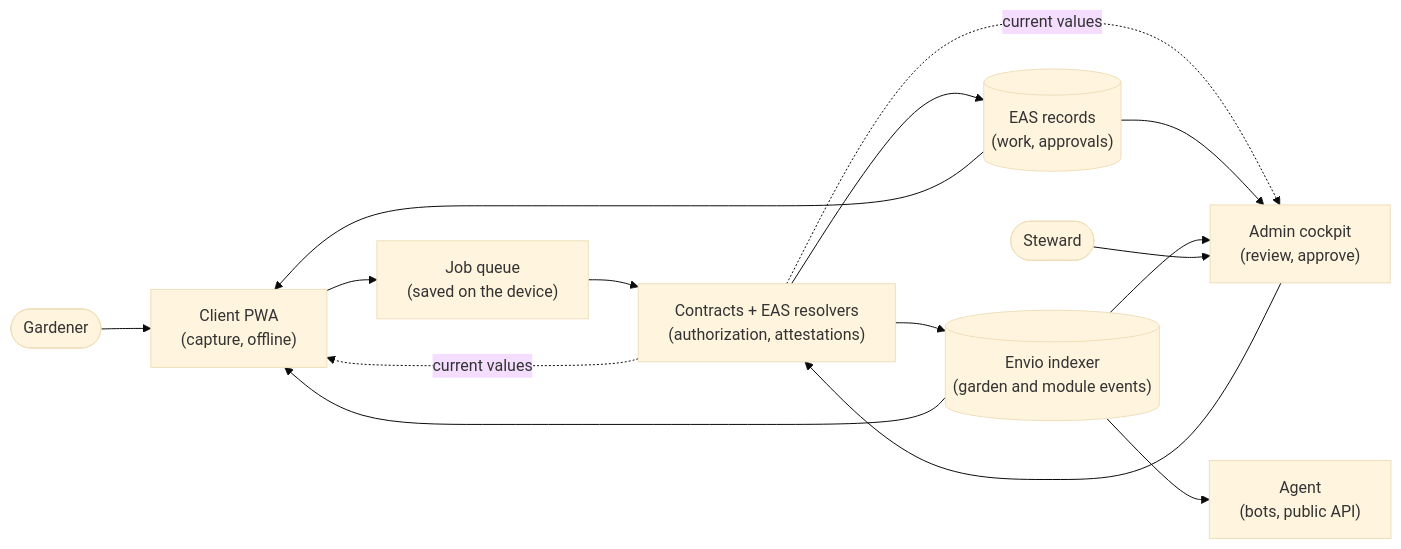
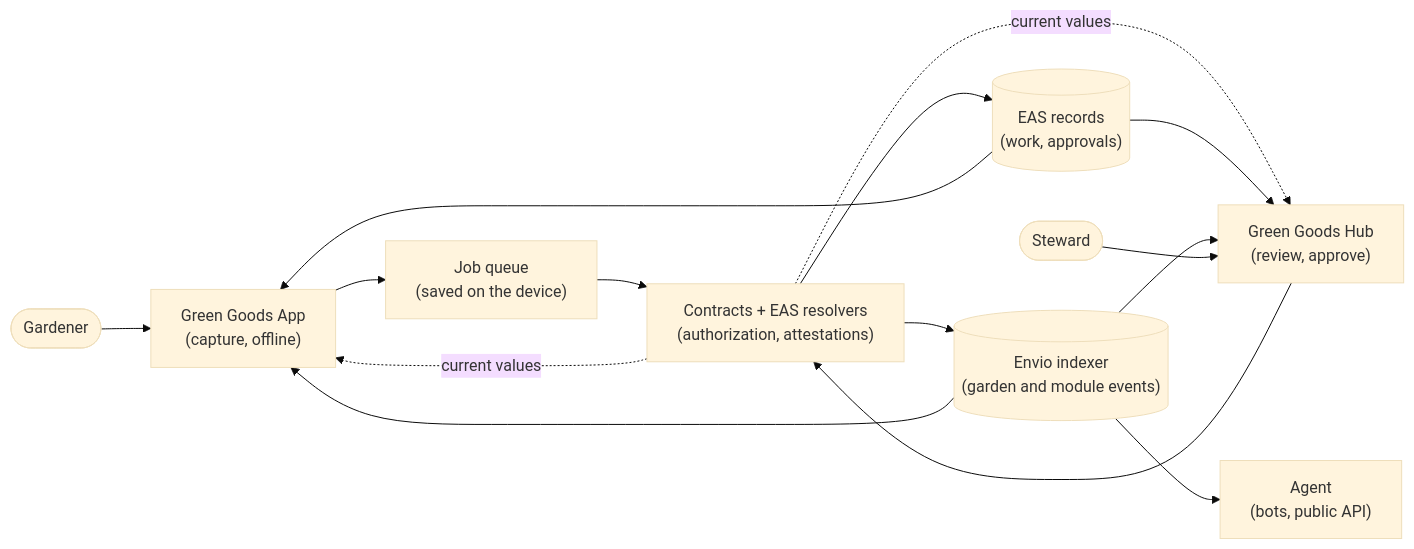
Before and after one commit to greenpill-dev-guild/green-goods: the diagram in docs/docs/builders/architecture.mdx, drawn with Mermaid (base theme). The commit also changed other lines of this file and 45 other files, not shown here.

First line of the commit message:
docs: use the Green Goods App, Hub and Website names

````diff
--- a/docs/docs/builders/architecture.mdx
+++ b/docs/docs/builders/architecture.mdx
@@ -56,17 +56,17 @@
 ```mermaid
 flowchart LR
-  gardener([Gardener]) --> client["Client PWA<br/>(capture, offline)"]
+  gardener([Gardener]) --> client["Green Goods App<br/>(capture, offline)"]
   client --> queue["Job queue<br/>(saved on the device)"]
   queue --> contracts["Contracts + EAS resolvers<br/>(authorization, attestations)"]
   contracts --> eas[("EAS records<br/>(work, approvals)")]
   contracts -. current values .-> client
   contracts -. current values .-> admin
   contracts --> indexer[("Envio indexer<br/>(garden and module events)")]
   eas --> client
-  eas --> admin["Admin cockpit<br/>(review, approve)"]
+  eas --> admin["Green Goods Hub<br/>(review, approve)"]
   indexer --> client
   indexer --> admin
   indexer --> agent["Agent<br/>(bots, public API)"]
   steward([Steward]) --> admin
   admin --> contracts
 ```
````
